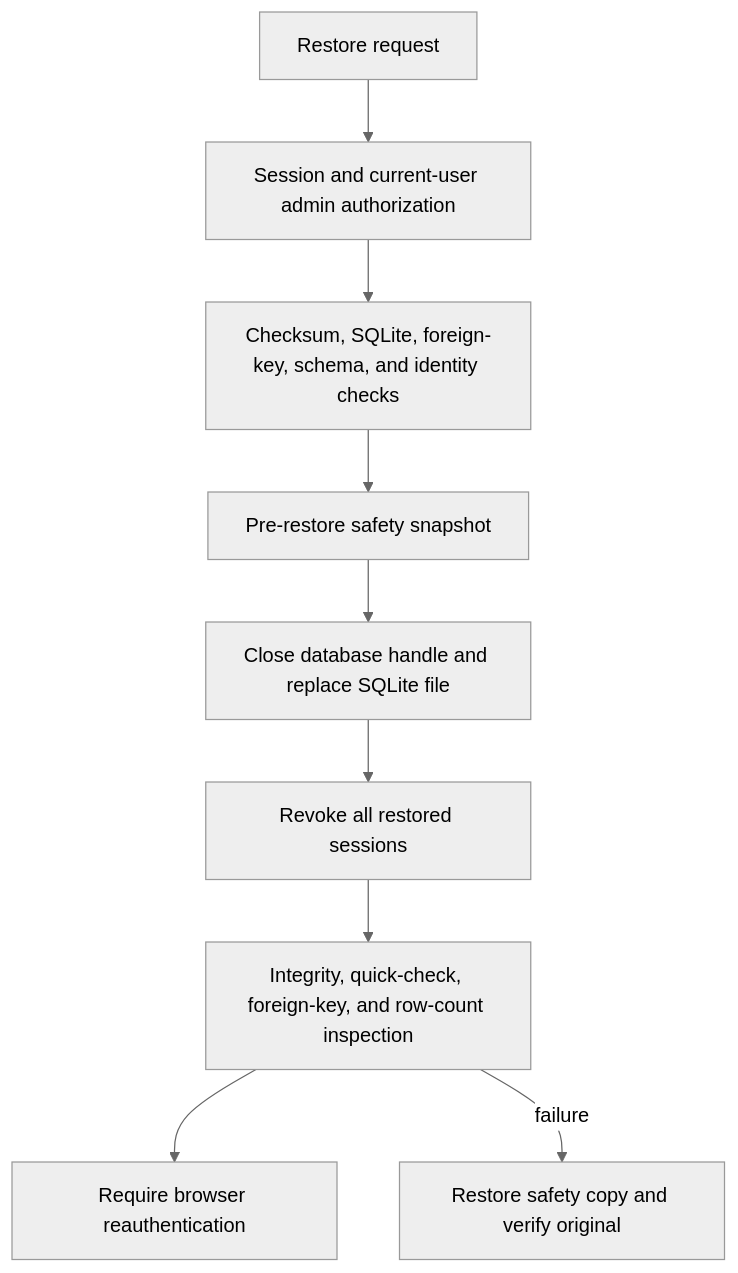
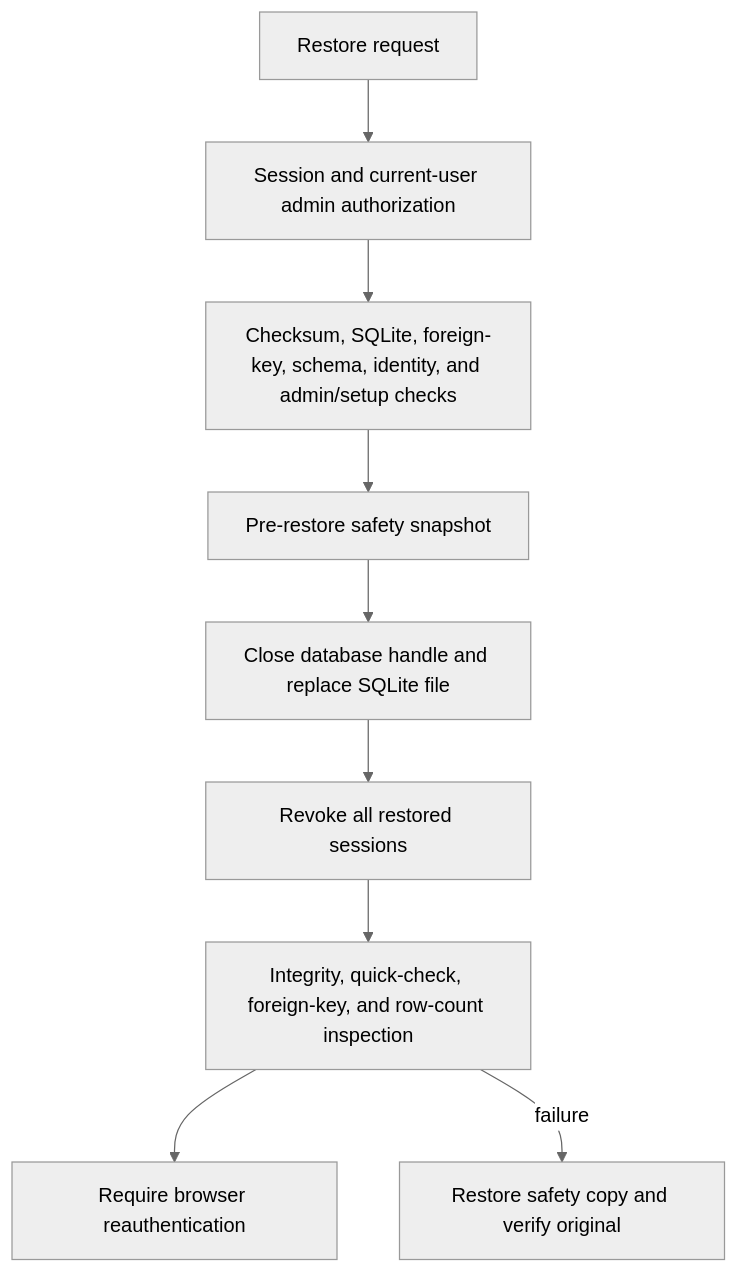
The diagram in docs/security/backup-restore.md (daoistmadness/operatoros), drawn with Mermaid (neutral theme) before and after one commit. The commit also changed other lines of this file and 6 other files, not shown here.

````diff
--- a/docs/security/backup-restore.md
+++ b/docs/security/backup-restore.md
@@ -115,11 +116,11 @@
 ```mermaid
 flowchart TD
   Request["Restore request"] --> Auth["Session and current-user admin authorization"]
-  Auth --> Validate["Checksum, SQLite, foreign-key, schema, and identity checks"]
+  Auth --> Validate["Checksum, SQLite, foreign-key, schema, identity, and admin/setup checks"]
   Validate --> Snapshot["Pre-restore safety snapshot"]
   Snapshot --> Replace["Close database handle and replace SQLite file"]
   Replace --> Revoke["Revoke all restored sessions"]
   Revoke --> Verify["Integrity, quick-check, foreign-key, and row-count inspection"]
   Verify --> Login["Require browser reauthentication"]
   Verify -->|"failure"| Rollback["Restore safety copy and verify original"]
 ```
````
